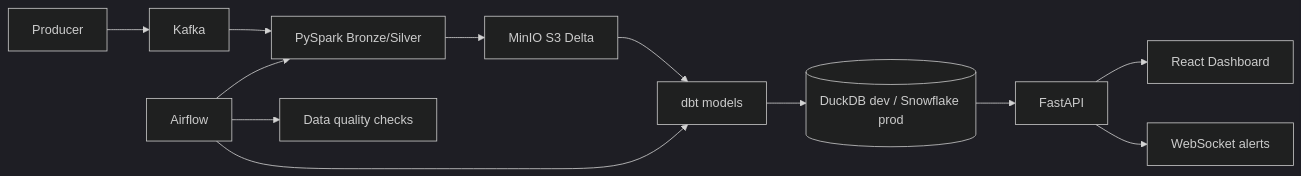
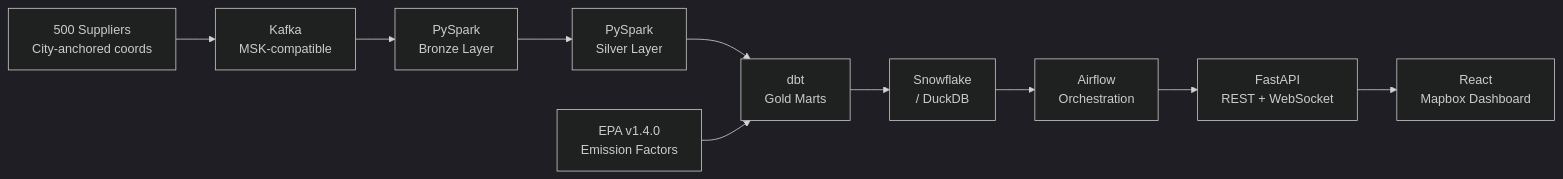
The diagram in README.md (nikhilgiridharan/Verdant), drawn with Mermaid (dark theme) before and after one commit. The commit also changed other lines of this file and 4 other files, not shown here.

First line of the commit message:
fix: supplier names, Sankey top-10 filter, anomaly count, README architecture diagram

````diff
--- a/README.md
+++ b/README.md
@@ -7,14 +17,13 @@
 ```mermaid
 flowchart LR
-  P[Producer] --> K[Kafka]
-  K --> SP[PySpark Bronze/Silver]
-  SP --> S3[MinIO S3 Delta]
-  S3 --> DBT[dbt models]
-  DBT --> WH[(DuckDB dev / Snowflake prod)]
-  WH --> API[FastAPI]
-  API --> UI[React Dashboard]
-  API --> WS[WebSocket alerts]
-  AF[Airflow] --> SP
-  AF --> DBT
-  AF --> GE[Data quality checks]
+    A[Kafka<br/>MSK-compatible] --> B[PySpark<br/>Bronze Layer]
+    B --> C[PySpark<br/>Silver Layer]
+    C --> D[dbt<br/>Gold Marts]
+    D --> E[Snowflake<br/>/ DuckDB]
+    E --> F[Airflow<br/>Orchestration]
+    F --> G[FastAPI<br/>REST + WebSocket]
+    G --> H[React<br/>Mapbox Dashboard]
+
+    I[EPA v1.4.0<br/>Emission Factors] --> D
+    J[500 Suppliers<br/>City-anchored coords] --> A
 ```
````
